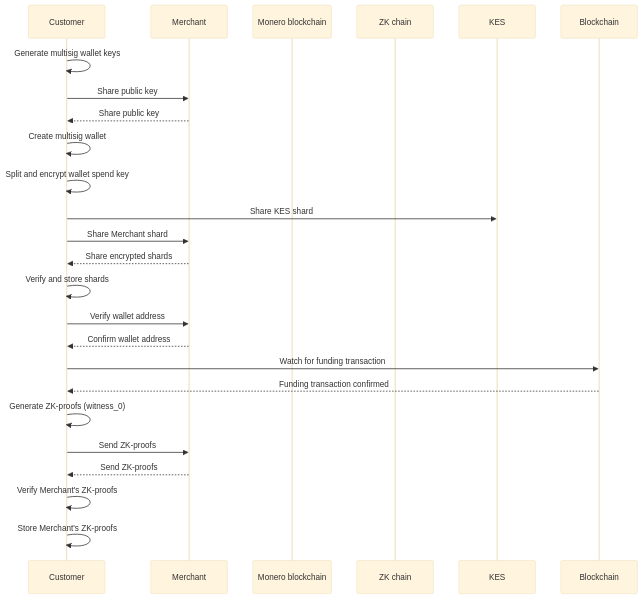
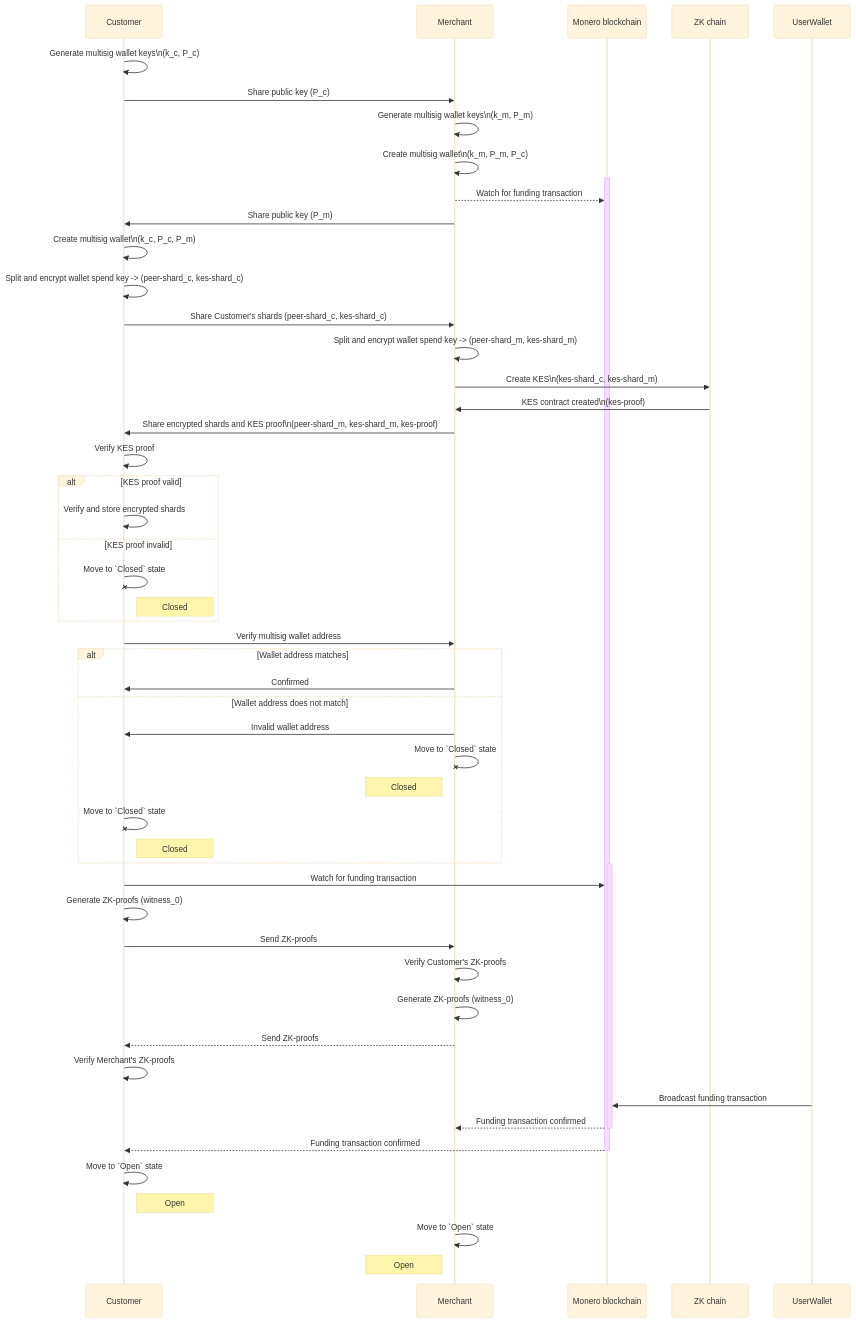
Before and after one commit to grease-xmr/grease: the diagram in docs/diagrams/establish_channel_sequence.md, drawn with Mermaid (base theme). The commit also changed 7 other files, not shown here.

````diff
--- a/docs/diagrams/establish_channel_sequence.md
+++ b/docs/diagrams/establish_channel_sequence.md
@@ -1,31 +1,62 @@
 ```mermaid
 sequenceDiagram
     participant C as Customer
     participant M as Merchant
     participant L1 as Monero blockchain
     participant L2 as ZK chain
 
  
-    C->>C: Generate multisig wallet keys
-    C->>M: Share public key
-    M-->>C: Share public key
-    C->>C: Create multisig wallet
-
-    C->>C: Split and encrypt wallet spend key
-    C->>KES: Share KES shard
-    C->>M: Share Merchant shard
-    M-->>C: Share encrypted shards
-    C->>C: Verify and store shards
-
-    C->>M: Verify wallet address
-    M-->>C: Confirm wallet address
-
-    C->>Blockchain: Watch for funding transaction
-    Blockchain-->>C: Funding transaction confirmed
+    C->>C: Generate multisig wallet keys\n(k_c, P_c)
+    C->>M: Share public key (P_c)
+    M->>M: Generate multisig wallet keys\n(k_m, P_m)
+    M->>M: Create multisig wallet\n(k_m, P_m, P_c)
+    activate L1
+    M-->>L1: Watch for funding transaction
+    M->>C: Share public key (P_m)
+    C->>C: Create multisig wallet\n(k_c, P_c, P_m)
+    C->>C: Split and encrypt wallet spend key -> (peer-shard_c, kes-shard_c)
+    C->>M: Share Customer's shards (peer-shard_c, kes-shard_c)
+    M->>M: Split and encrypt wallet spend key -> (peer-shard_m, kes-shard_m)
+    M->>L2: Create KES\n(kes-shard_c, kes-shard_m)
+    L2->>M: KES contract created\n(kes-proof)
+    M->>C: Share encrypted shards and KES proof\n(peer-shard_m, kes-shard_m, kes-proof)
+    C->>C: Verify KES proof
+    alt KES proof valid
+        C->>C: Verify and store encrypted shards
+    else KES proof invalid
+        C-xC: Move to `Closed` state
+        note right of C: Closed
+    end
+    C->>M: Verify multisig wallet address
+    alt Wallet address matches
+        M->>C: Confirmed
+    else Wallet address does not match
+        M->>C: Invalid wallet address
+        M-xM: Move to `Closed` state
+        note left of M: Closed
+        C-xC: Move to `Closed` state
+        note right of C: Closed
+    end
+    activate L1
+    C->>L1: Watch for funding transaction
 
     C->>C: Generate ZK-proofs (witness_0)
     C->>M: Send ZK-proofs
+    M->>M: Verify Customer's ZK-proofs
+    M->>M: Generate ZK-proofs (witness_0)
     M-->>C: Send ZK-proofs
     C->>C: Verify Merchant's ZK-proofs
-    C->>C: Store Merchant's ZK-proofs
+    
+    
+    UserWallet->>L1: Broadcast funding transaction
+    L1-->>M: Funding transaction confirmed
+    deactivate L1
+    L1-->>C: Funding transaction confirmed
+    deactivate L1
+    C->>C: Move to `Open` state
+    note right of C: Open
+    M->>M: Move to `Open` state
+    note left of M: Open
+    
+    
 ```
````
